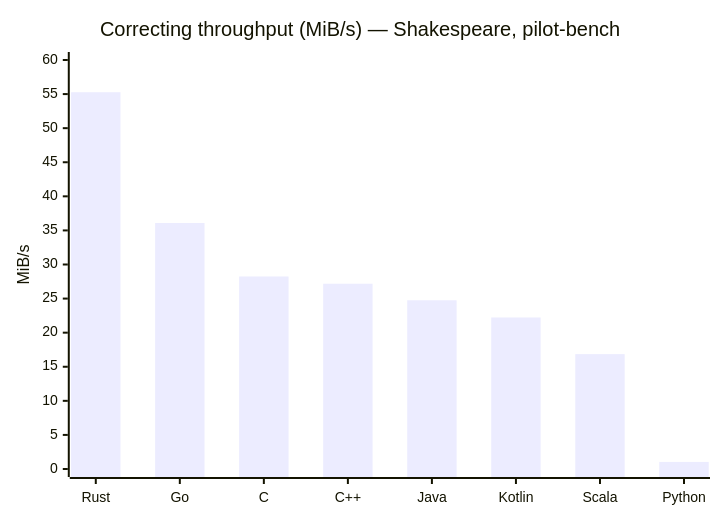
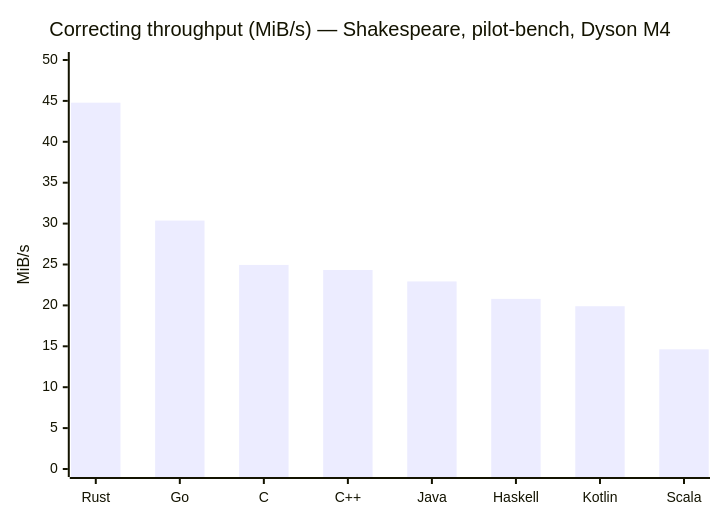
The fourth of 12 diagrams in ANALYSIS.md (darrelllong/Delta-Compression), drawn with Mermaid before and after one commit. The commit also changed other lines of this file, not shown here.

First line of the commit message:
analysis: refresh all benchmark tables and charts (2026-03-05)

````diff
--- a/ANALYSIS.md
+++ b/ANALYSIS.md
@@ -405,7 +392,7 @@
 ```mermaid
 xychart-beta
-    title "Correcting throughput (MiB/s) — Shakespeare, pilot-bench"
-    x-axis ["Rust", "Go", "C", "C++", "Java", "Kotlin", "Scala", "Python"]
-    y-axis "MiB/s" 0 --> 60
-    bar [55.27, 36.09, 28.24, 27.18, 24.75, 22.23, 16.85, 1.04]
+    title "Correcting throughput (MiB/s) — Shakespeare, pilot-bench, Dyson M4"
+    x-axis ["Rust", "Go", "C", "C++", "Java", "Haskell", "Kotlin", "Scala"]
+    y-axis "MiB/s" 0 --> 50
+    bar [44.78, 30.37, 24.95, 24.33, 22.93, 20.80, 19.90, 14.63]
 ```
````
